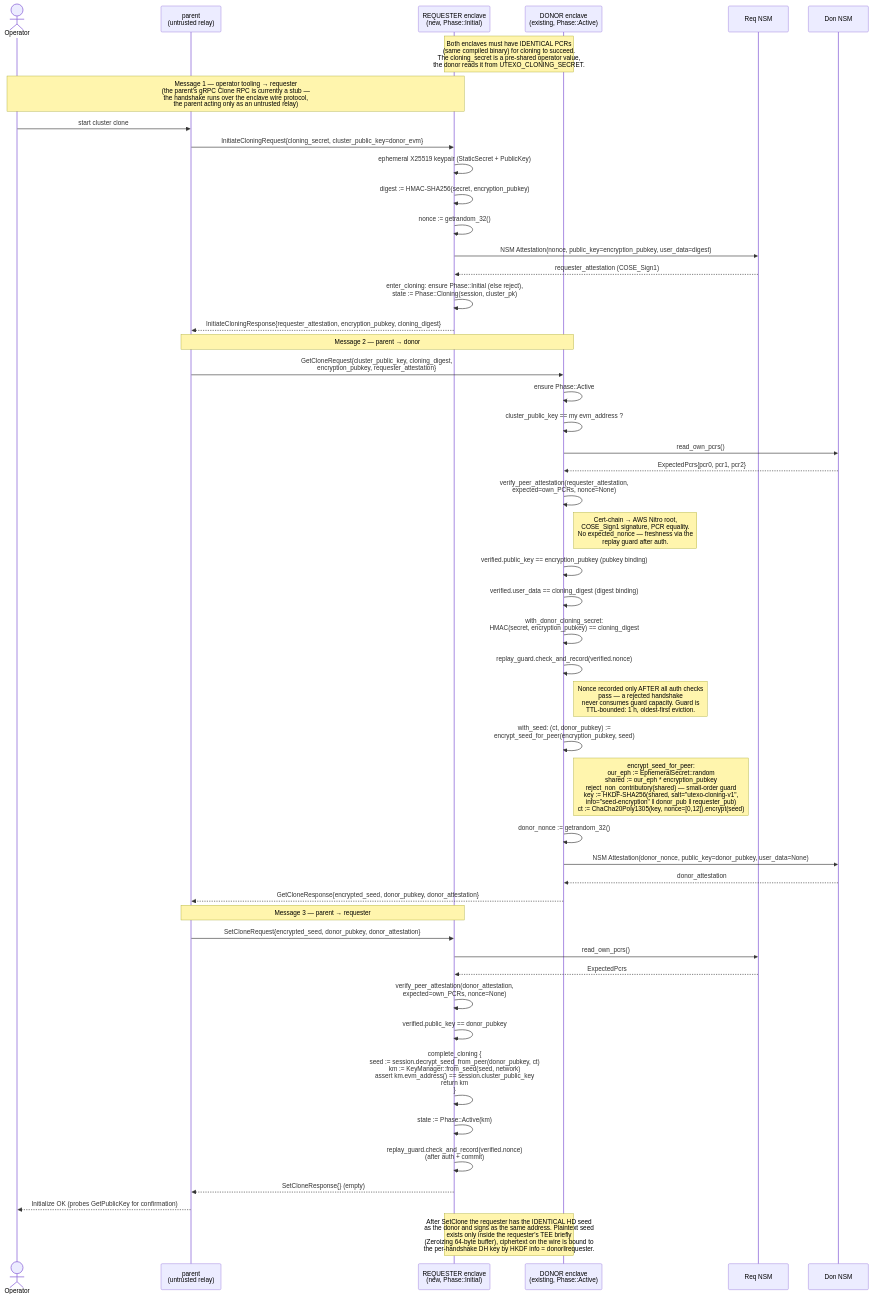
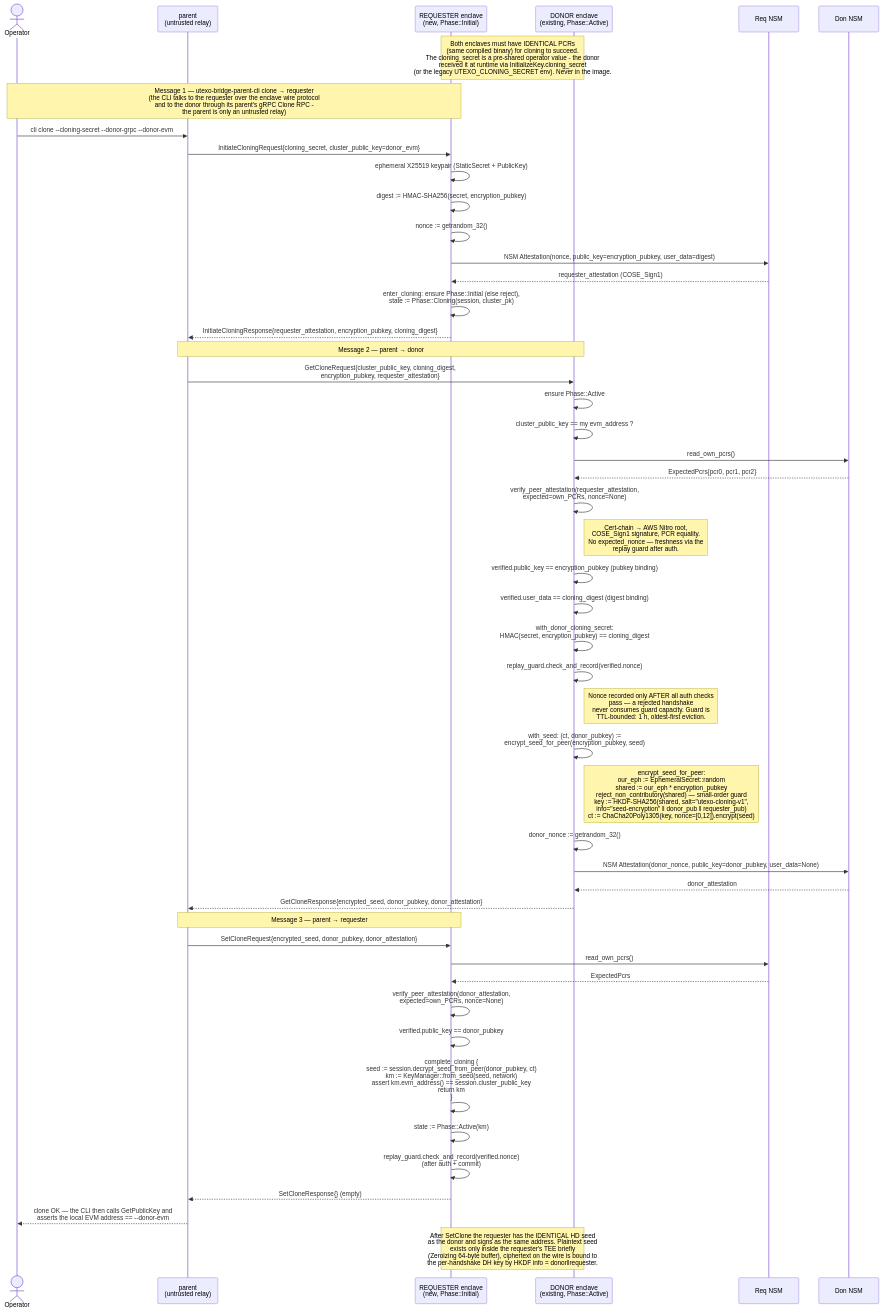
The diagram in docs/diagrams/06-seq-cloning.md (UTEXO-Protocol/enclave-signer), drawn with Mermaid before and after one commit. The commit also changed 22 other files, not shown here.

````diff
--- a/docs/diagrams/06-seq-cloning.md
+++ b/docs/diagrams/06-seq-cloning.md
@@ -3,56 +3,56 @@
 ```mermaid
 sequenceDiagram
     actor Op as Operator
     participant Parent as parent<br/>(untrusted relay)
     participant Req as REQUESTER enclave<br/>(new, Phase::Initial)
     participant Don as DONOR enclave<br/>(existing, Phase::Active)
     participant RN as Req NSM
     participant DN as Don NSM
 
-    Note over Req,Don: Both enclaves must have IDENTICAL PCRs<br/>(same compiled binary) for cloning to succeed.<br/>The cloning_secret is a pre-shared operator value,<br/>the donor reads it from UTEXO_CLONING_SECRET.
+    Note over Req,Don: Both enclaves must have IDENTICAL PCRs<br/>(same compiled binary) for cloning to succeed.<br/>The cloning_secret is a pre-shared operator value - the donor<br/>received it at runtime via InitializeKey.cloning_secret<br/>(or the legacy UTEXO_CLONING_SECRET env). Never in the image.
 
-    Note over Op,Req: Message 1 — operator tooling → requester<br/>(the parent's gRPC Clone RPC is currently a stub —<br/>the handshake runs over the enclave wire protocol,<br/>the parent acting only as an untrusted relay)
-    Op->>Parent: start cluster clone
+    Note over Op,Req: Message 1 — utexo-bridge-parent-cli clone → requester<br/>(the CLI talks to the requester over the enclave wire protocol<br/>and to the donor through its parent's gRPC Clone RPC -<br/>the parent is only an untrusted relay)
+    Op->>Parent: cli clone --cloning-secret --donor-grpc --donor-evm
     Parent->>Req: InitiateCloningRequest{cloning_secret, cluster_public_key=donor_evm}
     Req->>Req: ephemeral X25519 keypair (StaticSecret + PublicKey)
     Req->>Req: digest := HMAC-SHA256(secret, encryption_pubkey)
     Req->>Req: nonce := getrandom_32()
     Req->>RN: NSM Attestation(nonce, public_key=encryption_pubkey, user_data=digest)
     RN-->>Req: requester_attestation (COSE_Sign1)
     Req->>Req: enter_cloning: ensure Phase::Initial (else reject),<br/>state := Phase::Cloning(session, cluster_pk)
     Req-->>Parent: InitiateCloningResponse{requester_attestation, encryption_pubkey, cloning_digest}
 
     Note over Parent,Don: Message 2 — parent → donor
     Parent->>Don: GetCloneRequest{cluster_public_key, cloning_digest,<br/>encryption_pubkey, requester_attestation}
     Don->>Don: ensure Phase::Active
     Don->>Don: cluster_public_key == my evm_address ?
     Don->>DN: read_own_pcrs()
     DN-->>Don: ExpectedPcrs{pcr0, pcr1, pcr2}
     Don->>Don: verify_peer_attestation(requester_attestation,<br/>expected=own_PCRs, nonce=None)
     Note right of Don: Cert-chain → AWS Nitro root,<br/>COSE_Sign1 signature, PCR equality.<br/>No expected_nonce — freshness via the<br/>replay guard after auth.
     Don->>Don: verified.public_key == encryption_pubkey (pubkey binding)
     Don->>Don: verified.user_data == cloning_digest (digest binding)
     Don->>Don: with_donor_cloning_secret:<br/>HMAC(secret, encryption_pubkey) == cloning_digest
     Don->>Don: replay_guard.check_and_record(verified.nonce)
     Note right of Don: Nonce recorded only AFTER all auth checks<br/>pass — a rejected handshake<br/>never consumes guard capacity. Guard is<br/>TTL-bounded: 1 h, oldest-first eviction.
     Don->>Don: with_seed: (ct, donor_pubkey) :=<br/>encrypt_seed_for_peer(encryption_pubkey, seed)
     Note right of Don: encrypt_seed_for_peer:<br/>our_eph := EphemeralSecret::random<br/>shared := our_eph * encryption_pubkey<br/>reject_non_contributory(shared) — small-order guard<br/>key := HKDF-SHA256(shared, salt="utexo-cloning-v1",<br/>  info="seed-encryption" ‖ donor_pub ‖ requester_pub)<br/>ct := ChaCha20Poly1305(key, nonce=[0,12]).encrypt(seed)
     Don->>Don: donor_nonce := getrandom_32()
     Don->>DN: NSM Attestation(donor_nonce, public_key=donor_pubkey, user_data=None)
     DN-->>Don: donor_attestation
     Don-->>Parent: GetCloneResponse{encrypted_seed, donor_pubkey, donor_attestation}
 
     Note over Parent,Req: Message 3 — parent → requester
     Parent->>Req: SetCloneRequest{encrypted_seed, donor_pubkey, donor_attestation}
     Req->>RN: read_own_pcrs()
     RN-->>Req: ExpectedPcrs
     Req->>Req: verify_peer_attestation(donor_attestation,<br/>expected=own_PCRs, nonce=None)
     Req->>Req: verified.public_key == donor_pubkey
     Req->>Req: complete_cloning {<br/>  seed := session.decrypt_seed_from_peer(donor_pubkey, ct)<br/>  km := KeyManager::from_seed(seed, network)<br/>  assert km.evm_address() == session.cluster_public_key<br/>  return km<br/>}
     Req->>Req: state := Phase::Active(km)
     Req->>Req: replay_guard.check_and_record(verified.nonce)<br/>(after auth + commit)
     Req-->>Parent: SetCloneResponse{} (empty)
-    Parent-->>Op: Initialize OK (probes GetPublicKey for confirmation)
+    Parent-->>Op: clone OK — the CLI then calls GetPublicKey and<br/>asserts the local EVM address == --donor-evm
 
     Note over Req,Don: After SetClone the requester has the IDENTICAL HD seed<br/>as the donor and signs as the same address. Plaintext seed<br/>exists only inside the requester's TEE briefly<br/>(Zeroizing 64-byte buffer), ciphertext on the wire is bound to<br/>the per-handshake DH key by HKDF info = donor‖requester.
 ```
````
